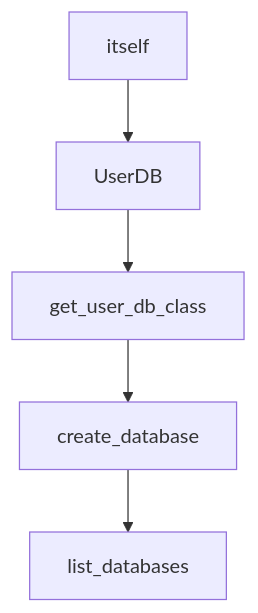
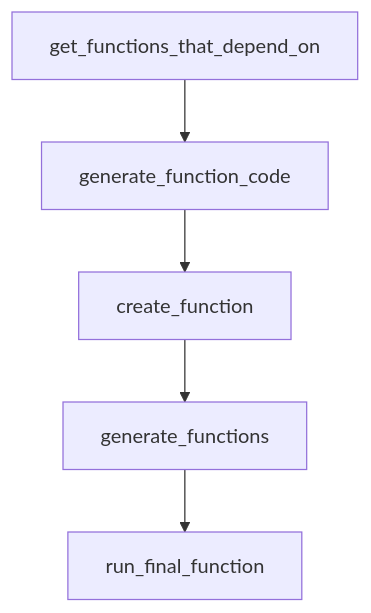
Before and after one commit to johnxie/awesome-code-docs: the diagram in tutorials/babyagi-tutorial/05-memory-systems-and-vector-store-integration.md, drawn with Mermaid. The commit also changed other lines of this file and 1232 other files, not shown here.

````diff
--- a/tutorials/babyagi-tutorial/05-memory-systems-and-vector-store-integration.md
+++ b/tutorials/babyagi-tutorial/05-memory-systems-and-vector-store-integration.md
@@ -214,12 +212,12 @@
 ```mermaid
 flowchart TD
-    A[itself]
-    B[UserDB]
-    C[get_user_db_class]
-    D[create_database]
-    E[list_databases]
+    A[get_functions_that_depend_on]
+    B[generate_function_code]
+    C[create_function]
+    D[generate_functions]
+    E[run_final_function]
     A --> B
     B --> C
     C --> D
     D --> E
 ```
````
